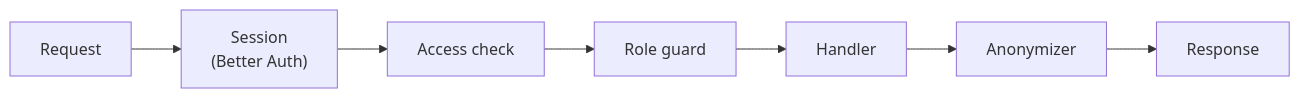
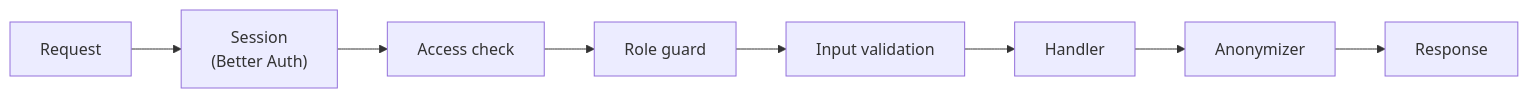
Before and after one commit to Fringhian/fpr: the diagram in docs/architecture/api.md, drawn with Mermaid. The commit also changed other lines of this file and 2 other files, not shown here.

````diff
--- a/docs/architecture/api.md
+++ b/docs/architecture/api.md
@@ -40,9 +40,10 @@
 ```mermaid
 flowchart LR
     Req["Request"] --> Session["Session<br/>(Better Auth)"]
     Session --> Access["Access check"]
     Access --> Role["Role guard"]
-    Role --> Handler["Handler"]
+    Role --> Valid["Input validation"]
+    Valid --> Handler["Handler"]
     Handler --> Anon["Anonymizer"]
     Anon --> Res["Response"]
 ```
````
